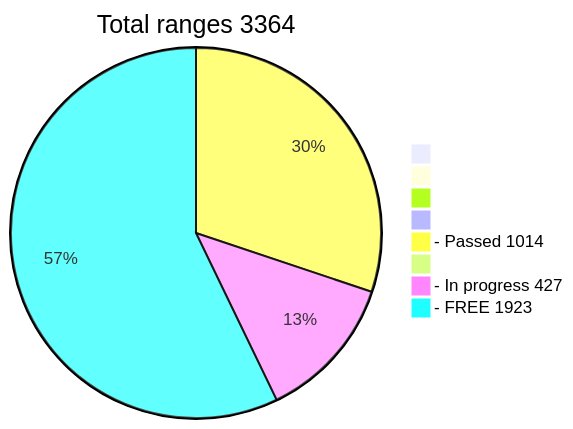
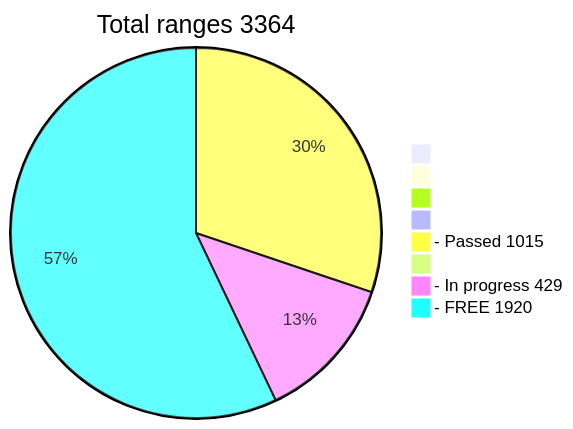
The diagram in README.md (phrutis/wif500), drawn with Mermaid before and after one commit.

````diff
--- a/README.md
+++ b/README.md
@@ -16,12 +16,12 @@
 ```mermaid
 pie title Total ranges 3364
              " " : 0
             "  " : 0
            "   " : 0
           "    " : 0
-  "- Passed 1014" : 1014
+  "- Passed 1015" : 1015
          "     " : 0
-  "- In progress 427" : 427
-   "- FREE 1923" : 1923
+  "- In progress 429" : 429
+   "- FREE 1920" : 1920
    
 ```
````
